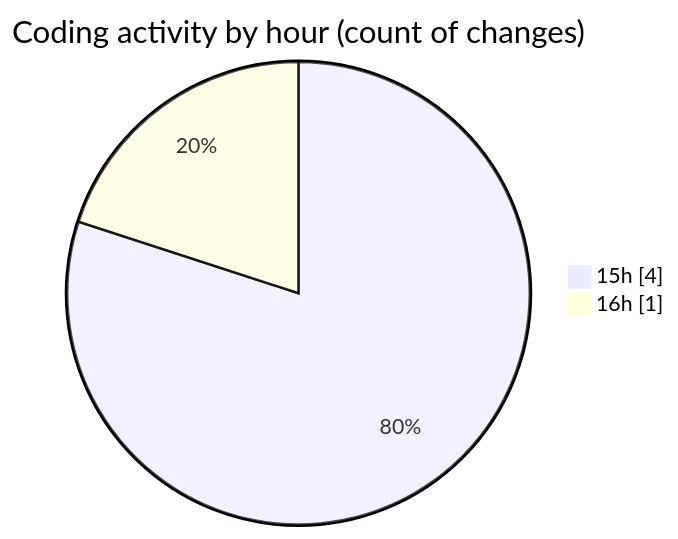
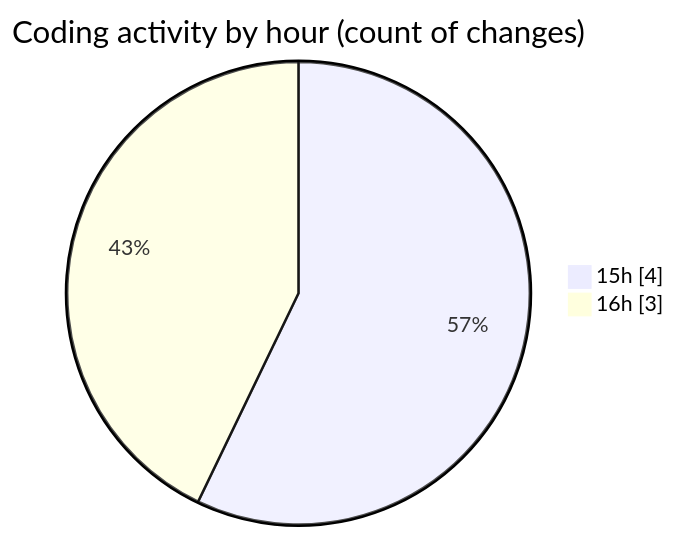
One commit to momahboobian/code-tracking changed the second of 2 diagrams in 2026-05-21/cda/README.md. Above: the diagram before and after it, drawn with Mermaid. The commit also changed other lines of this file and 1 other file, not shown here.

````diff
--- a/2026-05-21/cda/README.md
+++ b/2026-05-21/cda/README.md
@@ -31,6 +33,6 @@
 ```mermaid
 pie showData
 title Coding activity by hour (count of changes)
 "15h" : 4
-"16h" : 1
+"16h" : 3
 ```
````
